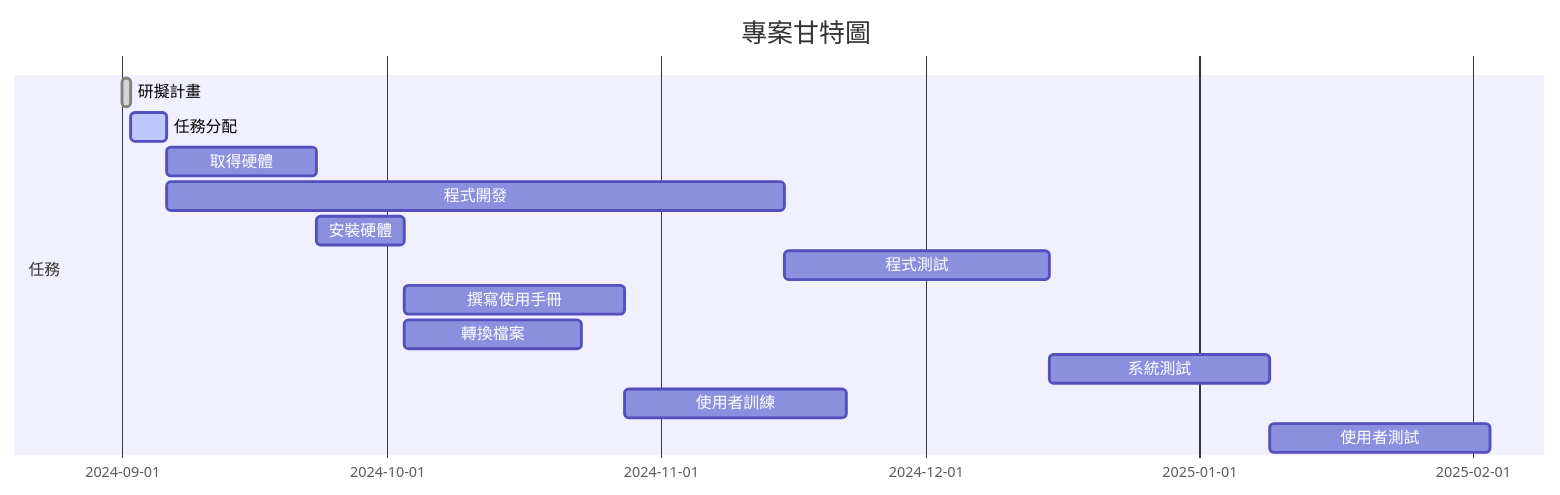
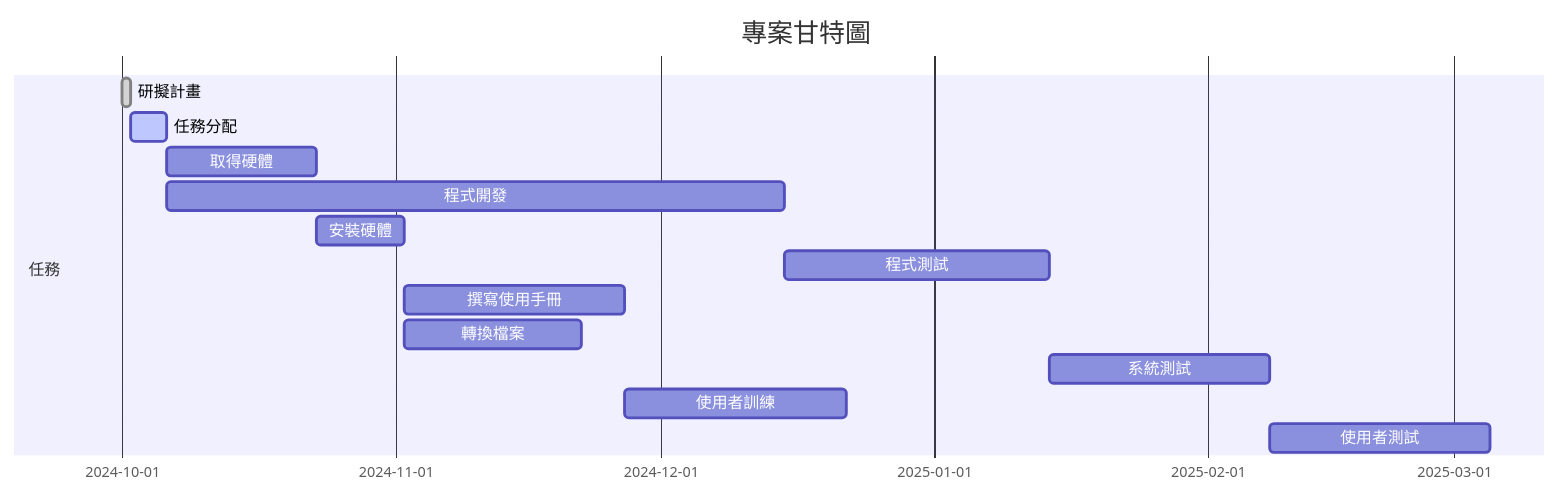
Before and after one commit to isKaitea/113-1A-homework: the second of 2 diagrams in hw2.md, drawn with Mermaid.

Commit message:
表格

````diff
--- a/hw2.md
+++ b/hw2.md
@@ -37,17 +37,17 @@
 ```mermaid
 gantt
     title 專案甘特圖
     dateFormat  YYYY-MM-DD
     section 任務
-    研擬計畫           :done,    a1, 2024-09-01, 1d
+    研擬計畫           :done,    a1, 2024-010-01, 1d
     任務分配           :active,  a2, after a1, 4d
     取得硬體           :         a3, after a2, 17d
     程式開發           :         a4, after a2, 70d
     安裝硬體           :         a5, after a3, 10d
     程式測試           :         a6, after a4, 30d
     撰寫使用手冊       :         a7, after a5, 25d
     轉換檔案           :         a8, after a5, 20d
     系統測試           :         a9, after a6, 25d
     使用者訓練         :         a10, after a7, 25d
     使用者測試         :         a11, after a9, 25d 
 ```
````
